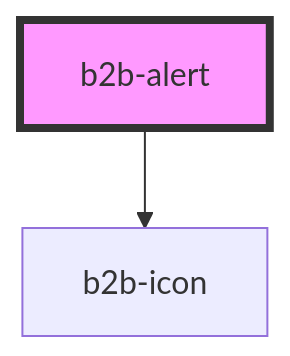
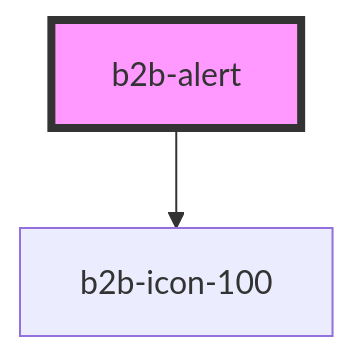
Before and after one commit to otto-de/b2b-design-system: the diagram in packages/core-components/src/components/alert/readme.md, drawn with Mermaid. The commit also changed other lines of this file and 41 other files, not shown here.

````diff
--- a/packages/core-components/src/components/alert/readme.md
+++ b/packages/core-components/src/components/alert/readme.md
@@ -33,5 +33,5 @@
 ```mermaid
 graph TD;
-  b2b-alert --> b2b-icon
+  b2b-alert --> b2b-icon-100
   style b2b-alert fill:#f9f,stroke:#333,stroke-width:4px
 ```
````
